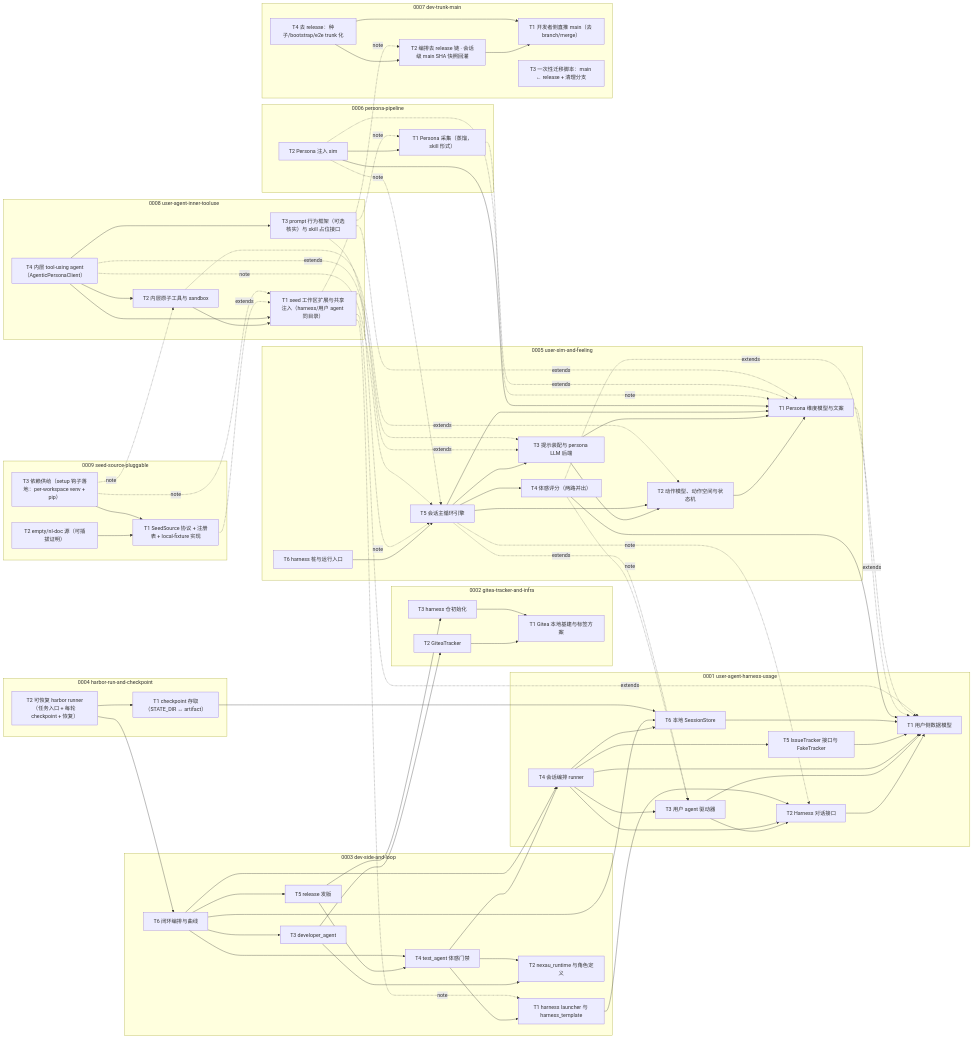
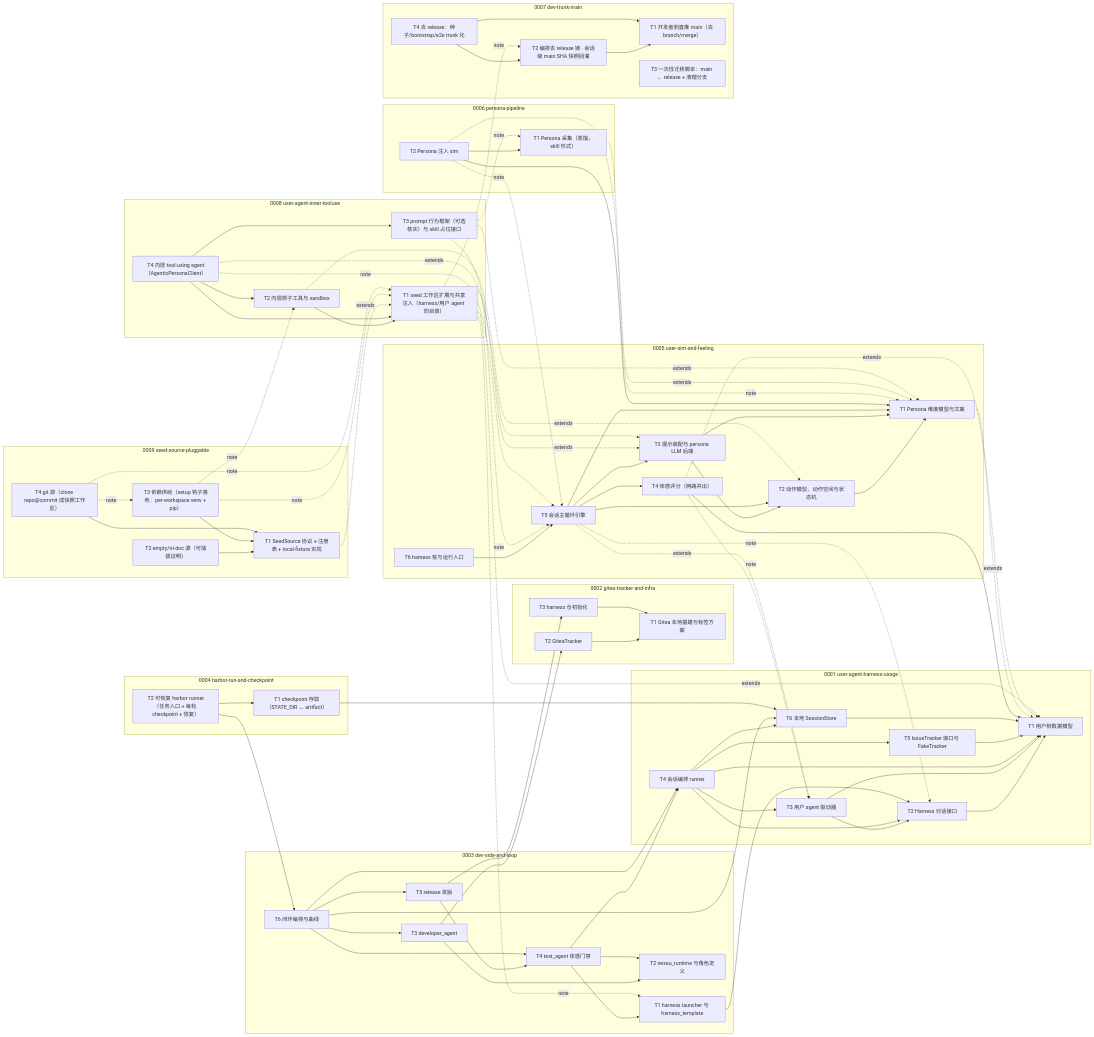
One commit to Curry09/AHE-Beta changed the first of 15 diagrams in docs/specs/OVERVIEW.md. Above: the diagram before and after it, drawn with Mermaid. The commit also changed other lines of this file and 3 other files, not shown here.

First line of the commit message:
spec(0009/T4): git 源 clone repo@commit 成快照工作区

````diff
--- a/docs/specs/OVERVIEW.md
+++ b/docs/specs/OVERVIEW.md
@@ -283,6 +284,7 @@
         n0009_T1["T1 SeedSource 协议 + 注册表 + local-fixture 实现"]
         n0009_T2["T2 empty/nl-doc 源（可插拔证明）"]
         n0009_T3["T3 依赖供给（setup 钩子落地：per-workspace venv + pip）"]
+        n0009_T4["T4 git 源（clone repo@commit 成快照工作区）"]
     end
     n0001_T2 --> n0001_T1
     n0001_T3 --> n0001_T1
@@ -332,6 +334,7 @@
     n0008_T4 --> n0008_T3
     n0009_T2 --> n0009_T1
     n0009_T3 --> n0009_T1
+    n0009_T4 --> n0009_T1
     n0005_T1 -.extends.-> n0001_T1
     n0005_T4 -.extends.-> n0001_T1
     n0005_T4 -.note.-> n0001_T3
@@ -353,4 +356,6 @@
     n0009_T1 -.extends.-> n0008_T1
     n0009_T3 -.note.-> n0008_T1
     n0009_T3 -.note.-> n0008_T2
+    n0009_T4 -.note.-> n0008_T1
+    n0009_T4 -.note.-> n0009_T3
 ```
````
